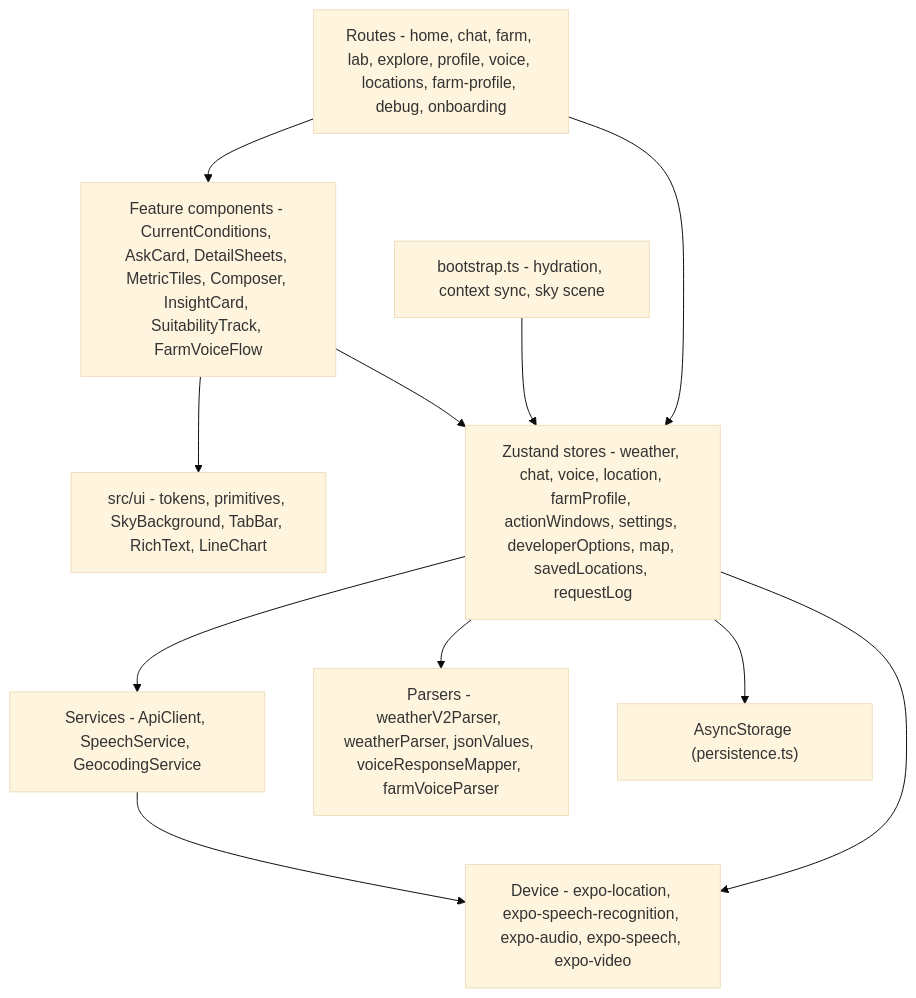
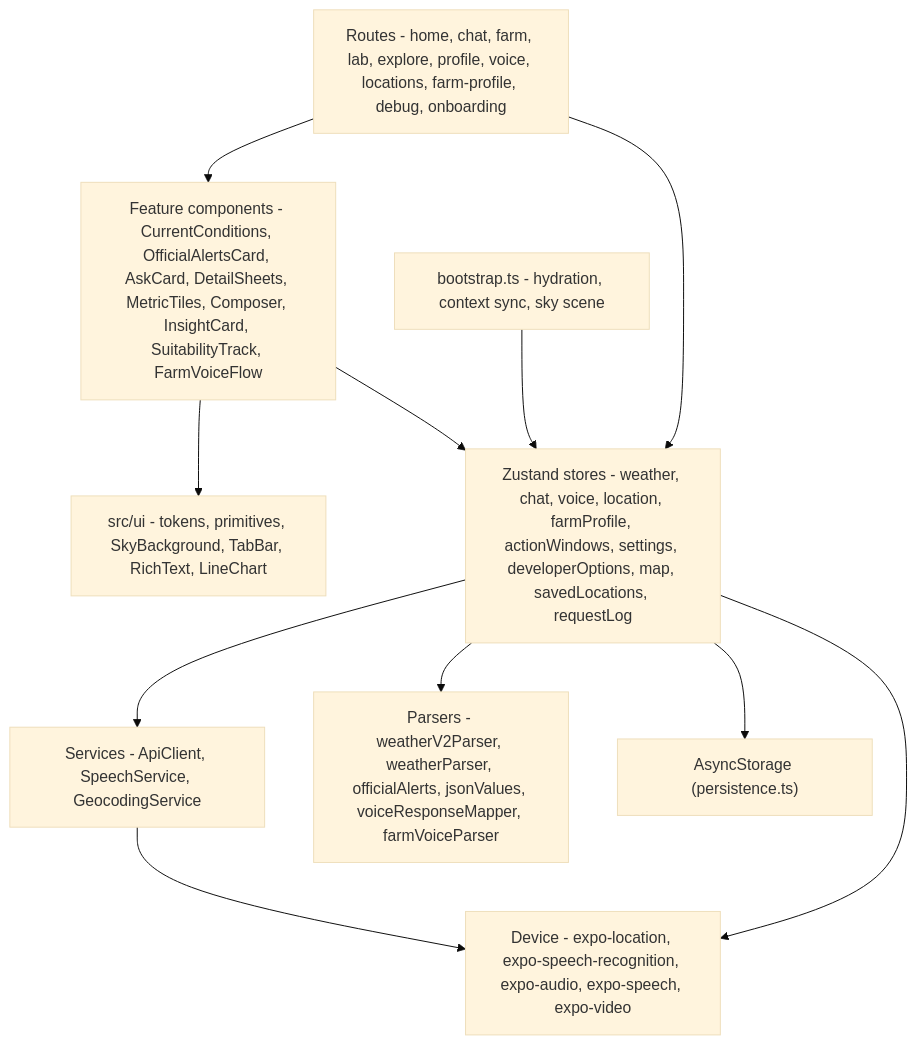
Before and after one commit to omsenjalia/weathergpt-app: the third of 7 diagrams in ARCHITECTURE.md, drawn with Mermaid (base theme). The commit also changed other lines of this file and 26 other files, not shown here.

````diff
--- a/ARCHITECTURE.md
+++ b/ARCHITECTURE.md
@@ -410,22 +384,22 @@
 ```mermaid
 graph TD
     ROUTES["Routes - home, chat, farm, lab, explore, profile, voice, locations, farm-profile, debug, onboarding"]
-    COMPONENTS["Feature components - CurrentConditions, AskCard, DetailSheets, MetricTiles, Composer, InsightCard, SuitabilityTrack, FarmVoiceFlow"]
+    COMPONENTS["Feature components - CurrentConditions, OfficialAlertsCard, AskCard, DetailSheets, MetricTiles, Composer, InsightCard, SuitabilityTrack, FarmVoiceFlow"]
     UIKIT["src/ui - tokens, primitives, SkyBackground, TabBar, RichText, LineChart"]
     STORES["Zustand stores - weather, chat, voice, location, farmProfile, actionWindows, settings, developerOptions, map, savedLocations, requestLog"]
     BOOT["bootstrap.ts - hydration, context sync, sky scene"]
-    PARSERS["Parsers - weatherV2Parser, weatherParser, jsonValues, voiceResponseMapper, farmVoiceParser"]
+    PARSERS["Parsers - weatherV2Parser, weatherParser, officialAlerts, jsonValues, voiceResponseMapper, farmVoiceParser"]
     SERVICES["Services - ApiClient, SpeechService, GeocodingService"]
     STORAGE["AsyncStorage (persistence.ts)"]
     DEVICE["Device - expo-location, expo-speech-recognition, expo-audio, expo-speech, expo-video"]
 
     ROUTES --> COMPONENTS --> UIKIT
     ROUTES --> STORES
     COMPONENTS --> STORES
     BOOT --> STORES
     STORES --> SERVICES
     STORES --> PARSERS
     STORES --> STORAGE
     STORES --> DEVICE
     SERVICES --> DEVICE
 ```
````
